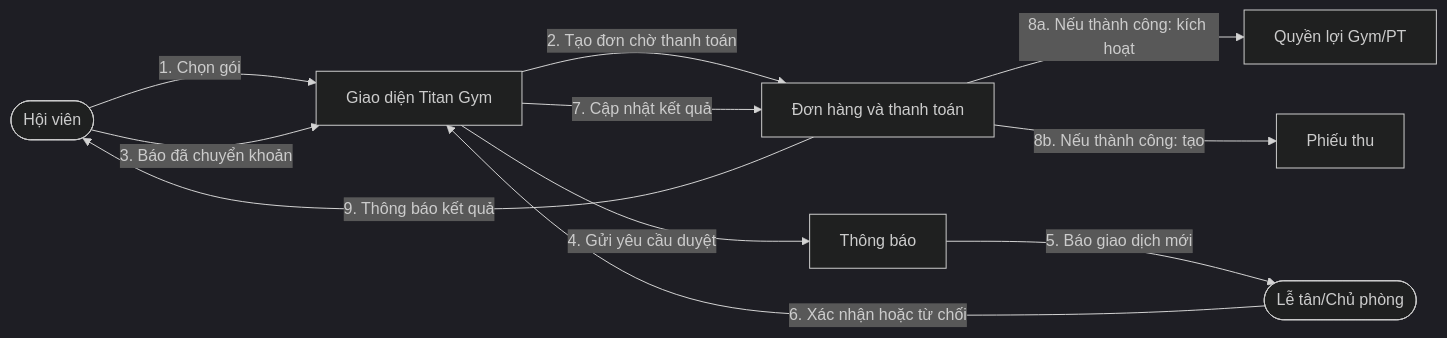
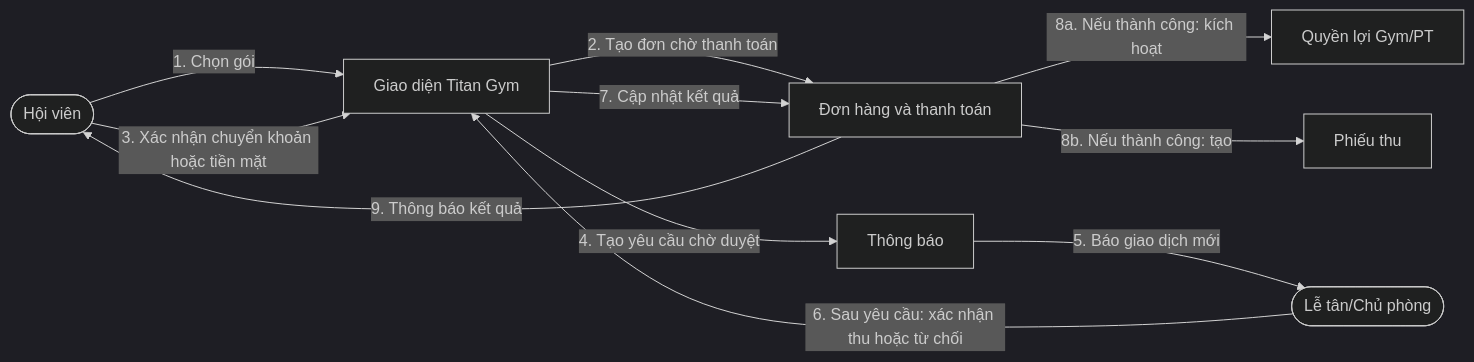
One commit to vhoanglong54/CNPM_GYM changed the first of 5 diagrams in docs/06-UML-Diagrams/Collaboration.md. Above: the diagram before and after it, drawn with Mermaid (dark theme). The commit also changed other lines of this file and 10 other files, not shown here.

````diff
--- a/docs/06-UML-Diagrams/Collaboration.md
+++ b/docs/06-UML-Diagrams/Collaboration.md
@@ -7,21 +7,21 @@
 ```mermaid
 flowchart LR
   M([Hội viên])
   S([Lễ tân/Chủ phòng])
   UI[Giao diện Titan Gym]
   ORDER[Đơn hàng và thanh toán]
   BENEFIT[Quyền lợi Gym/PT]
   RECEIPT[Phiếu thu]
   NOTICE[Thông báo]
 
   M -->|1. Chọn gói| UI
   UI -->|2. Tạo đơn chờ thanh toán| ORDER
-  M -->|3. Báo đã chuyển khoản| UI
-  UI -->|4. Gửi yêu cầu duyệt| NOTICE
+  M -->|3. Xác nhận chuyển khoản hoặc tiền mặt| UI
+  UI -->|4. Tạo yêu cầu chờ duyệt| NOTICE
   NOTICE -->|5. Báo giao dịch mới| S
-  S -->|6. Xác nhận hoặc từ chối| UI
+  S -->|6. Sau yêu cầu: xác nhận thu hoặc từ chối| UI
   UI -->|7. Cập nhật kết quả| ORDER
   ORDER -->|8a. Nếu thành công: kích hoạt| BENEFIT
   ORDER -->|8b. Nếu thành công: tạo| RECEIPT
   ORDER -->|9. Thông báo kết quả| M
 ```
````
